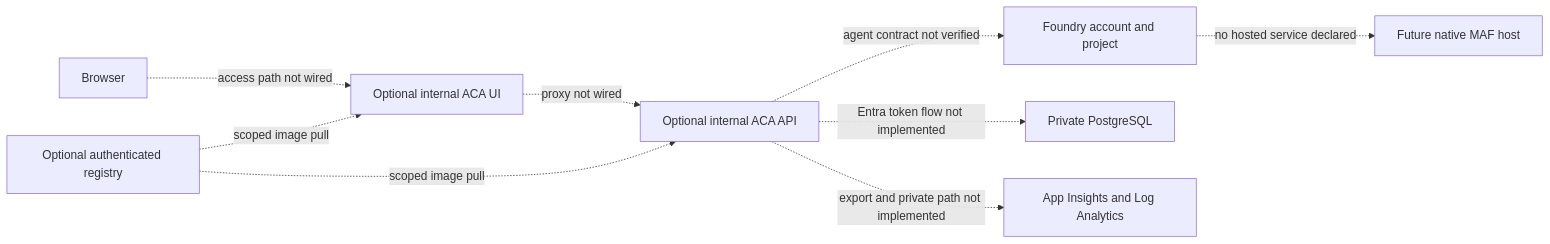
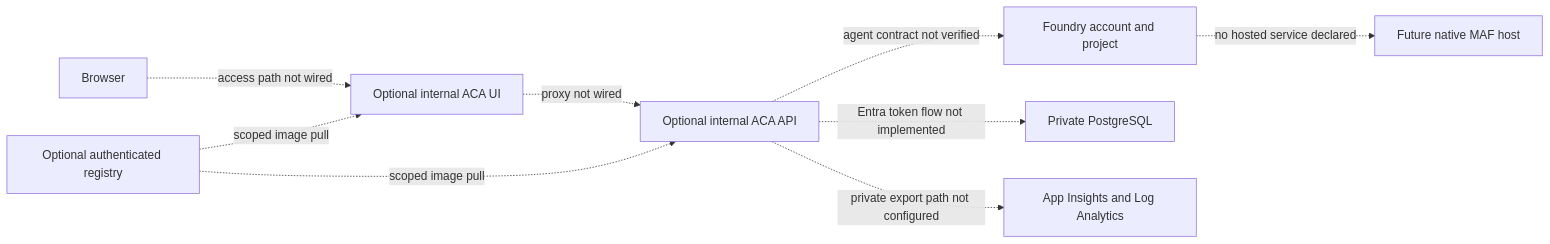
One commit to ppenumatsa1/agent-blueprints changed the fifth of 5 diagrams in blueprints/maf/workflow/docs/design/architecture.md. Above: the diagram before and after it, drawn with Mermaid. The commit also changed other lines of this file and 6 other files, not shown here.

````diff
--- a/blueprints/maf/workflow/docs/design/architecture.md
+++ b/blueprints/maf/workflow/docs/design/architecture.md
@@ -160,11 +160,11 @@
 ```mermaid
 flowchart LR
     Browser[Browser] -. access path not wired .-> UI[Optional internal ACA UI]
     UI -. proxy not wired .-> API[Optional internal ACA API]
     API -. agent contract not verified .-> Project[Foundry account and project]
     Project -. no hosted service declared .-> Workflow[Future native MAF host]
     API -. Entra token flow not implemented .-> DB[Private PostgreSQL]
-    API -. export and private path not implemented .-> Monitor[App Insights and Log Analytics]
+    API -. private export path not configured .-> Monitor[App Insights and Log Analytics]
     Registry[Optional authenticated registry] -. scoped image pull .-> API
     Registry -. scoped image pull .-> UI
 ```
````
